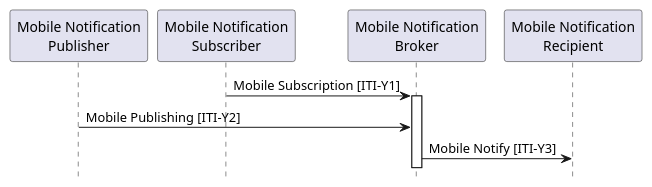
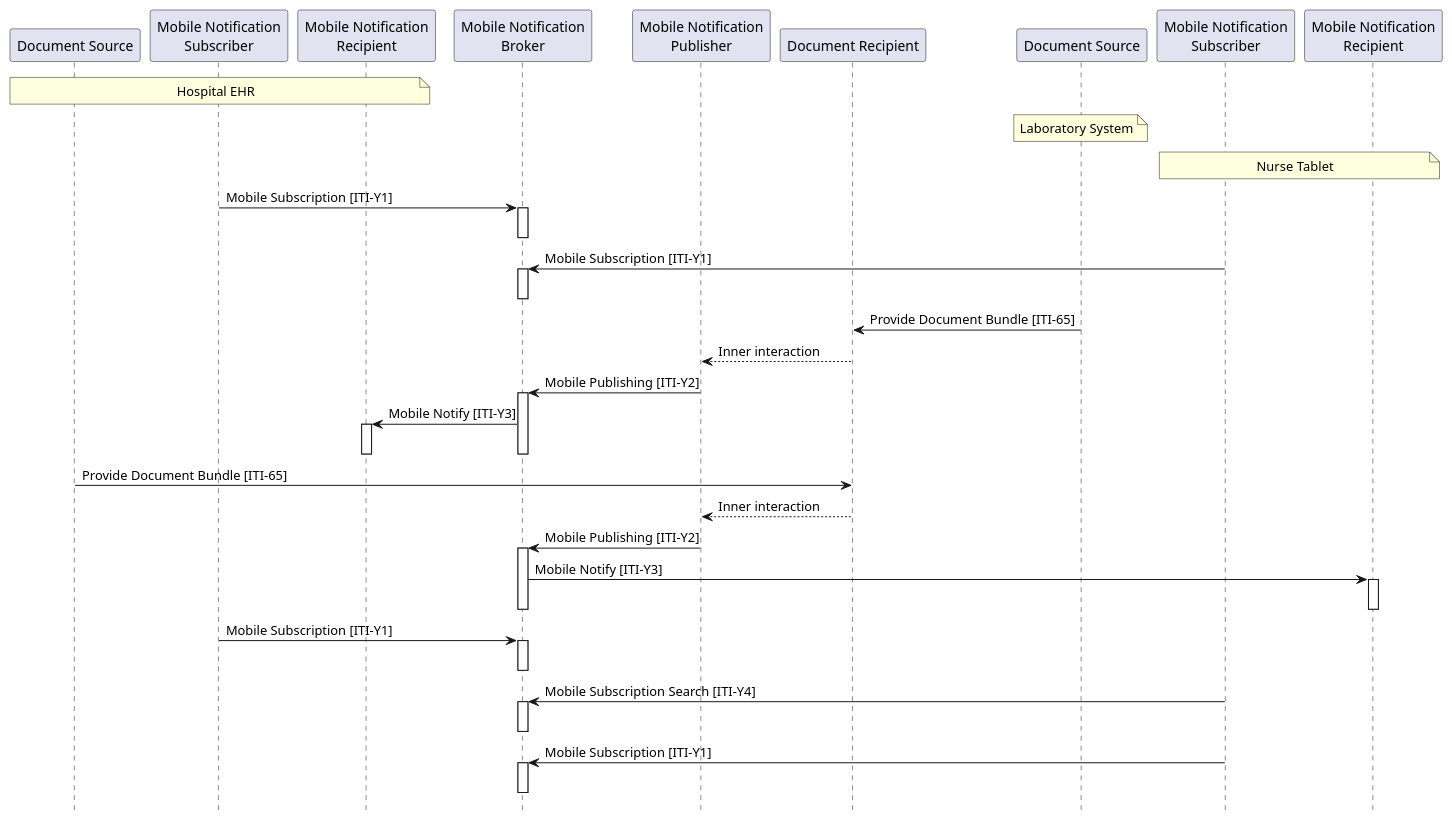
One commit to IHE/ITI.DSUBm changed the diagram in input/images-source/usecase1-processflow.plantuml. Above: the diagram before and after it, drawn with PlantUML. The commit also changed 3 other files, not shown here.

```diff
--- a/input/images-source/usecase1-processflow.plantuml
+++ b/input/images-source/usecase1-processflow.plantuml
@@ -1,13 +1,52 @@
 @startuml
 skinparam svgDimensionStyle false
 hide footbox
+
+participant "Document Source" as source
+participant "Mobile Notification\nSubscriber" as subscriber
+participant "Mobile Notification\nRecipient" as recipient
+participant "Mobile Notification\nBroker" as broker
 participant "Mobile Notification\nPublisher" as publisher
-participant "Mobile Notification\nSubscriber" as subscriber
-participant "Mobile Notification\nBroker" as broker
-participant "Mobile Notification\nRecipient" as recipient
+participant "Document Recipient" as recipientDoc
+participant "Document Source" as source2
+participant "Mobile Notification\nSubscriber" as subscriber2
+participant "Mobile Notification\nRecipient" as recipient2
+
+note over source, recipient: Hospital EHR
+note over source2: Laboratory System
+note over subscriber2, recipient2: Nurse Tablet
+"subscriber" -> "broker" : Mobile Subscription [ITI-Y1]
+activate broker
+deactivate broker
+"subscriber2" -> "broker" : Mobile Subscription [ITI-Y1]
+activate broker
+deactivate broker
+
+"source2" -> "recipientDoc" : Provide Document Bundle [ITI-65]
+recipientDoc --> "publisher": Inner interaction
+"publisher" -> "broker" : Mobile Publishing [ITI-Y2]
+activate broker
+"broker" -> "recipient" : Mobile Notify [ITI-Y3]
+activate recipient
+deactivate recipient
+deactivate broker
+
+"source" -> "recipientDoc" : Provide Document Bundle [ITI-65]
+recipientDoc --> "publisher": Inner interaction
+"publisher" -> "broker" : Mobile Publishing [ITI-Y2]
+activate broker
+"broker" -> "recipient2" : Mobile Notify [ITI-Y3]
+activate recipient2
+deactivate recipient2
+deactivate broker
 
 "subscriber" -> "broker" : Mobile Subscription [ITI-Y1]
 activate broker
-"publisher" -> "broker" : Mobile Publishing [ITI-Y2]
-"broker" -> "recipient" : Mobile Notify [ITI-Y3]
+deactivate broker
+"subscriber2" -> "broker" : Mobile Subscription Search [ITI-Y4]
+activate broker
+deactivate broker
+"subscriber2" -> "broker" : Mobile Subscription [ITI-Y1]
+activate broker
+deactivate broker
 @enduml
```
